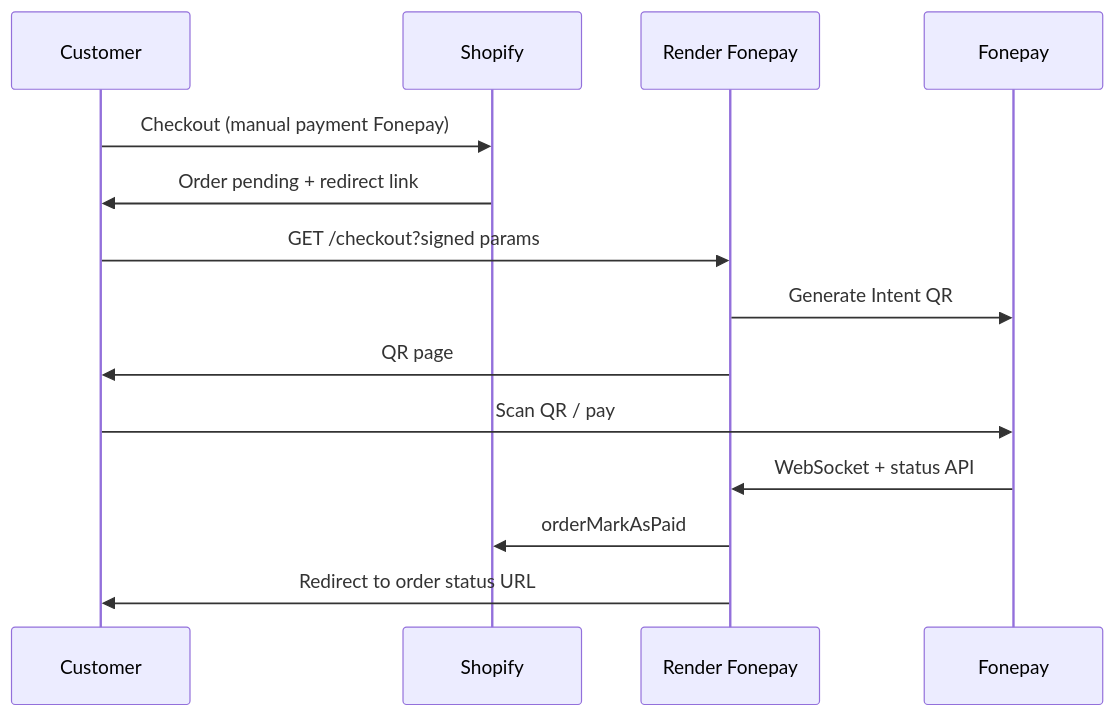
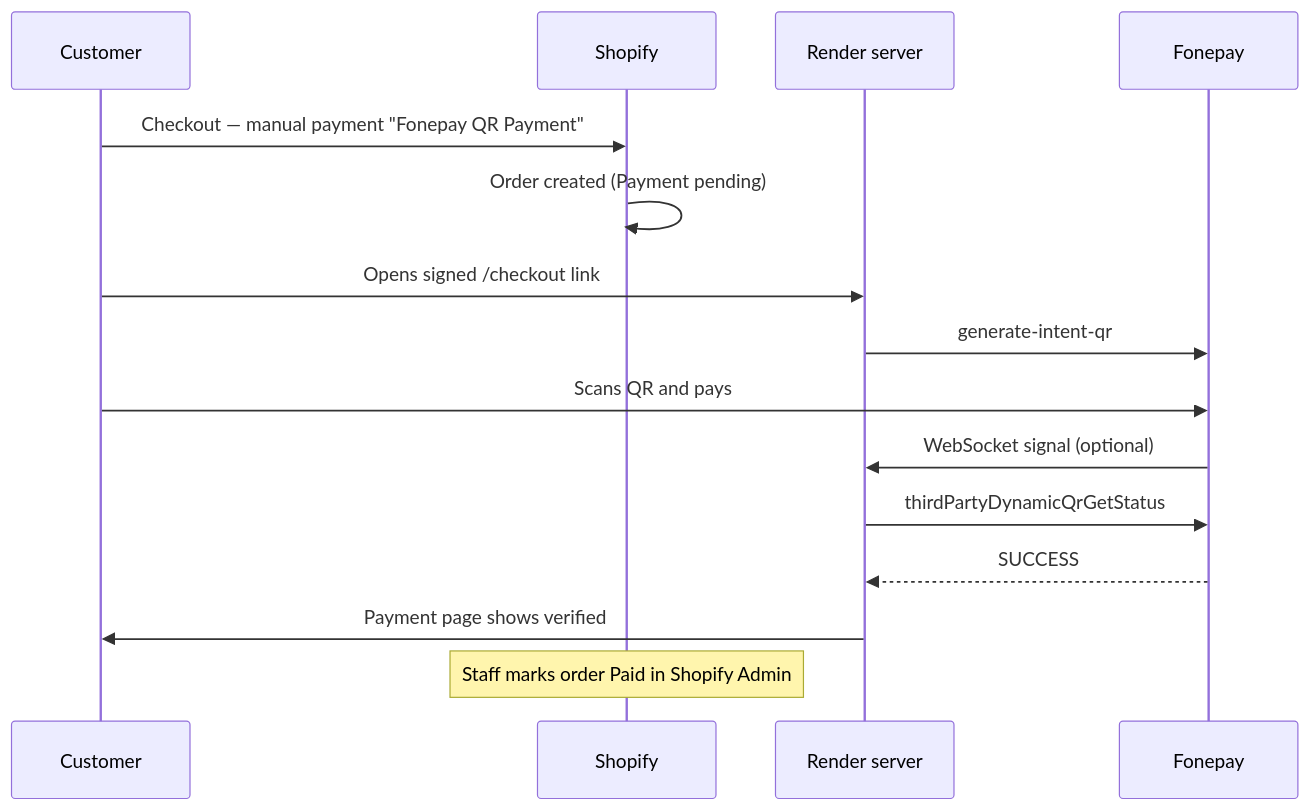
One commit to danfeteadigitalteam-bot/Nte-fonepay-integration changed the diagram in SHOPIFY_PRODUCTION.md. Above: the diagram before and after it, drawn with Mermaid. The commit also changed other lines of this file and 3 other files, not shown here.

````diff
--- a/SHOPIFY_PRODUCTION.md
+++ b/SHOPIFY_PRODUCTION.md
@@ -147,17 +11,18 @@
 ```mermaid
 sequenceDiagram
   participant C as Customer
   participant S as Shopify
-  participant R as Render Fonepay
+  participant R as Render server
   participant F as Fonepay
 
-  C->>S: Checkout (manual payment Fonepay)
-  S->>C: Order pending + redirect link
-  C->>R: GET /checkout?signed params
-  R->>F: Generate Intent QR
-  R->>C: QR page
-  C->>F: Scan QR / pay
-  F->>R: WebSocket + status API
-  R->>S: orderMarkAsPaid
-  R->>C: Redirect to order status URL
+  C->>S: Checkout — manual payment "Fonepay QR Payment"
+  S->>S: Order created (Payment pending)
+  C->>R: Opens signed /checkout link
+  R->>F: generate-intent-qr
+  C->>F: Scans QR and pays
+  F->>R: WebSocket signal (optional)
+  R->>F: thirdPartyDynamicQrGetStatus
+  F-->>R: SUCCESS
+  R->>C: Payment page shows verified
+  Note over S: Staff marks order Paid in Shopify Admin
 ```
````
